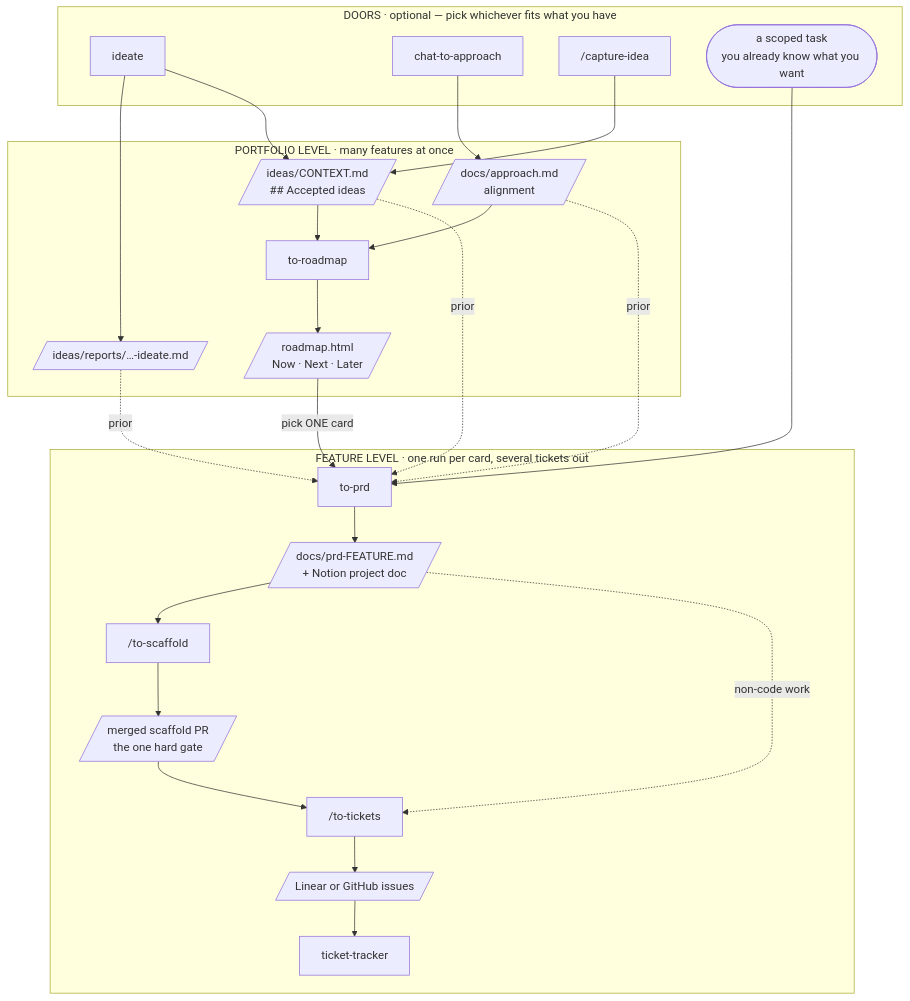
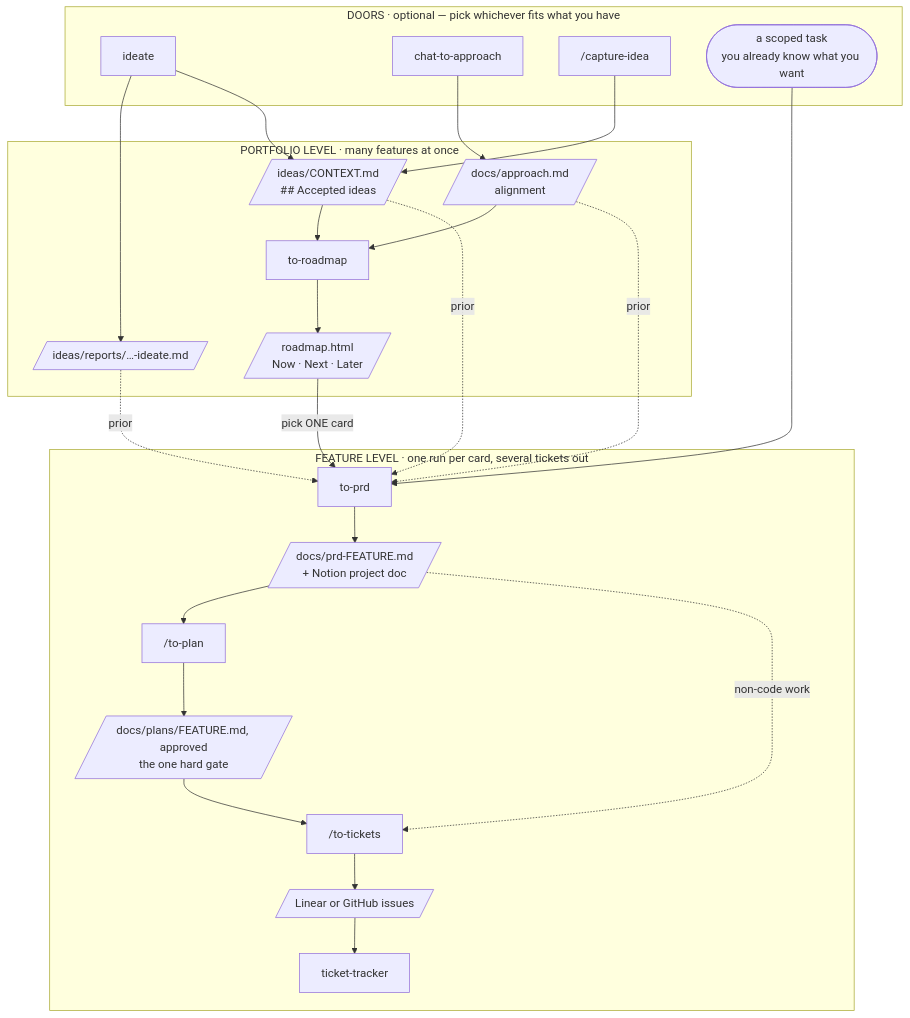
Before and after one commit to O-Marsters-1997/my-claude-code: the diagram in skills/workflow/README.md, drawn with Mermaid. The commit also changed other lines of this file and 16 other files, not shown here.

Commit message:
chore(skills/to-plan): replace to-scaffold's code stubs with a markdown plan

````diff
--- a/skills/workflow/README.md
+++ b/skills/workflow/README.md
@@ -44,39 +44,39 @@
 ```mermaid
 flowchart TD
   subgraph DOORS["DOORS · optional — pick whichever fits what you have"]
     ideate["ideate"]
     chat["chat-to-approach"]
     capture["/capture-idea"]
     scoped(["a scoped task<br/>you already know what you want"])
   end
 
   subgraph PORTFOLIO["PORTFOLIO LEVEL · many features at once"]
     report[/"ideas/reports/…-ideate.md"/]
     ctx[/"ideas/CONTEXT.md<br/>## Accepted ideas"/]
     appr[/"docs/approach.md<br/>alignment"/]
     roadmap["to-roadmap"]
     board[/"roadmap.html<br/>Now · Next · Later"/]
   end
 
   subgraph SPINE["FEATURE LEVEL · one run per card, several tickets out"]
     prd["to-prd"]
     prddoc[/"docs/prd-FEATURE.md<br/>+ Notion project doc"/]
-    scaffold["/to-scaffold"]
-    scaffoldpr[/"merged scaffold PR<br/>the one hard gate"/]
+    plan["/to-plan"]
+    plandoc[/"docs/plans/FEATURE.md, approved<br/>the one hard gate"/]
     tick["/to-tickets"]
     issues[/"Linear or GitHub issues"/]
     track["ticket-tracker"]
   end
 
   ideate --> report
   ideate --> ctx --> roadmap --> board
   chat --> appr --> roadmap
   capture --> ctx
   board -->|"pick ONE card"| prd
   scoped --> prd
-  prd --> prddoc --> scaffold --> scaffoldpr --> tick --> issues --> track
+  prd --> prddoc --> plan --> plandoc --> tick --> issues --> track
   prddoc -.->|"non-code work"| tick
   appr -.->|"prior"| prd
   ctx -.->|"prior"| prd
   report -.->|"prior"| prd
 ```
````
